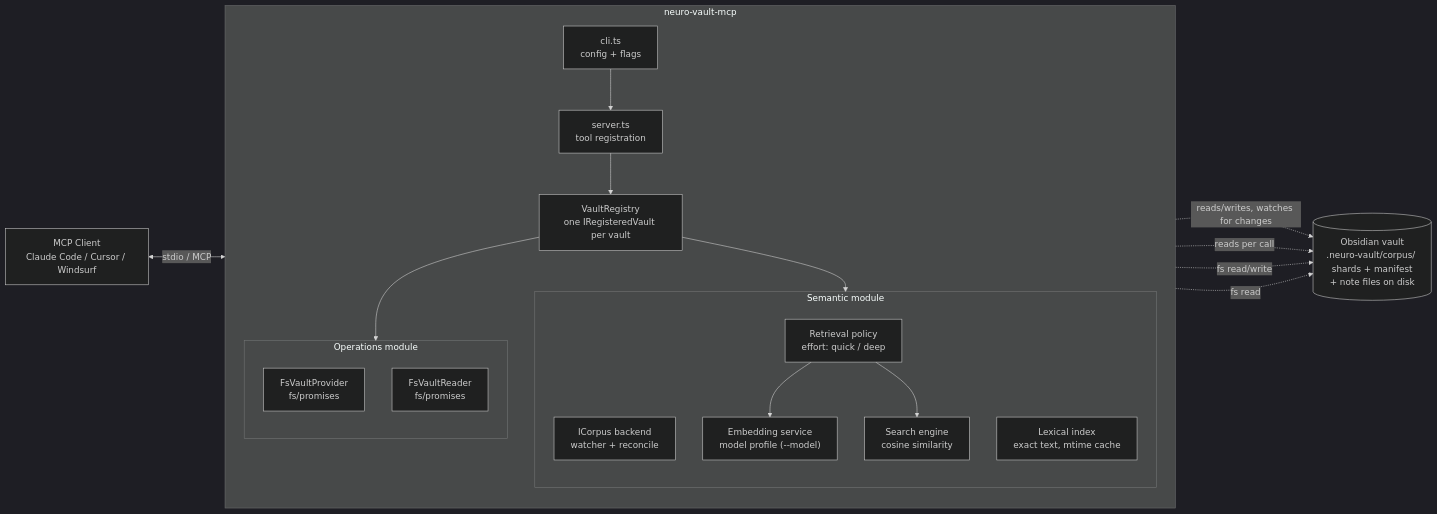
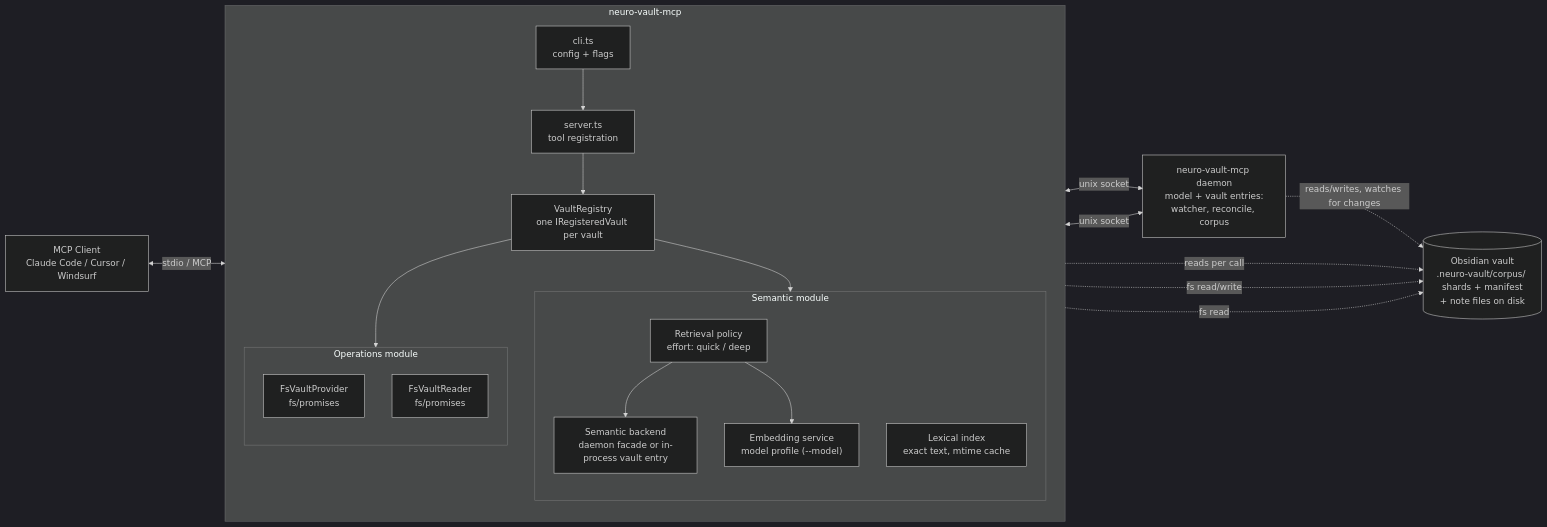
One commit to AlexMost/neuro-vault changed the diagram in docs/architecture/module-structure.md. Above: the diagram before and after it, drawn with Mermaid (dark theme). The commit also changed other lines of this file and 131 other files, not shown here.

First line of the commit message:
feat: sessions read the corpus through the daemon's vault entry (daemon-vault-registry 2/2) (#182)

````diff
--- a/docs/architecture/module-structure.md
+++ b/docs/architecture/module-structure.md
@@ -53,35 +53,37 @@
 ```mermaid
 flowchart LR
     Client[MCP Client<br/>Claude Code / Cursor / Windsurf]
     subgraph Server[neuro-vault-mcp]
         direction TB
         CLI[cli.ts<br/>config + flags]
         Core[server.ts<br/>tool registration]
         Registry[VaultRegistry<br/>one IRegisteredVault per vault]
         subgraph Semantic[Semantic module]
             direction TB
-            Backend[ICorpus backend<br/>watcher + reconcile]
+            Backend[Semantic backend<br/>daemon facade or in-process vault entry]
             Retrieval[Retrieval policy<br/>effort: quick / deep]
             Embed["Embedding service<br/>model profile (--model)"]
-            Search[Search engine<br/>cosine similarity]
             Lexical[Lexical index<br/>exact text, mtime cache]
         end
         subgraph Operations[Operations module]
             direction TB
             Provider[FsVaultProvider<br/>fs/promises]
             Reader[FsVaultReader<br/>fs/promises]
         end
         CLI --> Core
         Core --> Registry
         Registry --> Semantic
         Registry --> Operations
         Retrieval --> Embed
-        Retrieval --> Search
+        Retrieval --> Backend
     end
+    Daemon[neuro-vault-mcp daemon<br/>model + vault entries:<br/>watcher, reconcile, corpus]
     Vault[(Obsidian vault<br/>.neuro-vault/corpus/ shards + manifest<br/>+ note files on disk)]
     Client <-->|stdio / MCP| Core
-    Backend -. reads/writes, watches for changes .-> Vault
+    Backend <-->|unix socket| Daemon
+    Embed <-->|unix socket| Daemon
+    Daemon -. reads/writes, watches for changes .-> Vault
     Lexical -. reads per call .-> Vault
     Provider -. fs read/write .-> Vault
     Reader -. fs read .-> Vault
 ```
````
